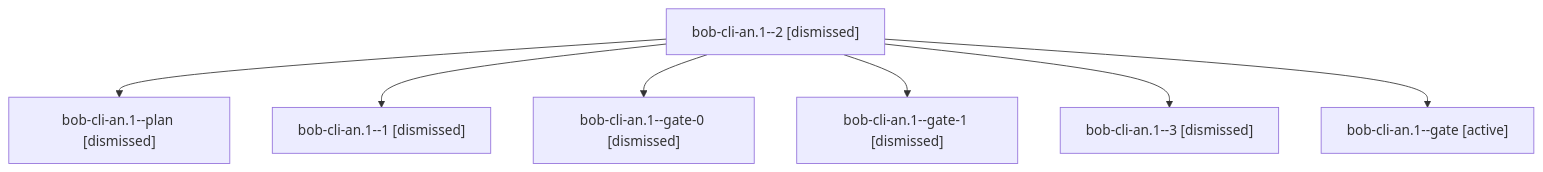
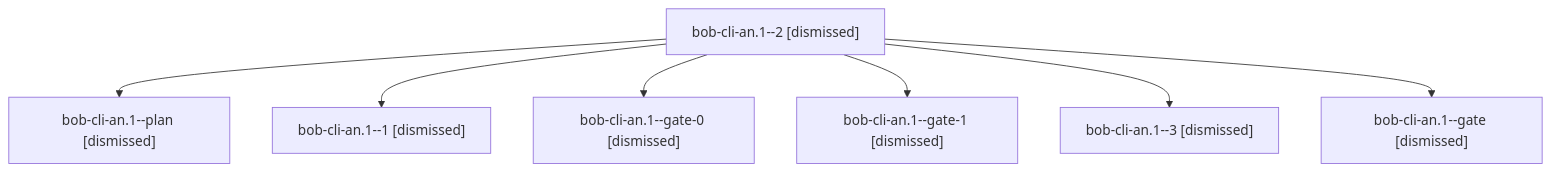
One commit to bobs-org/bob-cli--agents changed the diagram in sessions/bbugyi200.athena.bob-cli-an.1.md. Above: the diagram before and after it, drawn with Mermaid. The commit also changed other lines of this file and 551 other files, not shown here.

````diff
--- a/sessions/bbugyi200.athena.bob-cli-an.1.md
+++ b/sessions/bbugyi200.athena.bob-cli-an.1.md
@@ -9,16 +9,16 @@
 ```mermaid
 flowchart TD
   n0["bob-cli-an.1--2 [dismissed]"]
   n1["bob-cli-an.1--plan [dismissed]"]
   n0 --> n1
   n2["bob-cli-an.1--1 [dismissed]"]
   n0 --> n2
   n3["bob-cli-an.1--gate-0 [dismissed]"]
   n0 --> n3
   n4["bob-cli-an.1--gate-1 [dismissed]"]
   n0 --> n4
   n5["bob-cli-an.1--3 [dismissed]"]
   n0 --> n5
-  n6["bob-cli-an.1--gate [active]"]
+  n6["bob-cli-an.1--gate [dismissed]"]
   n0 --> n6
 ```
````
